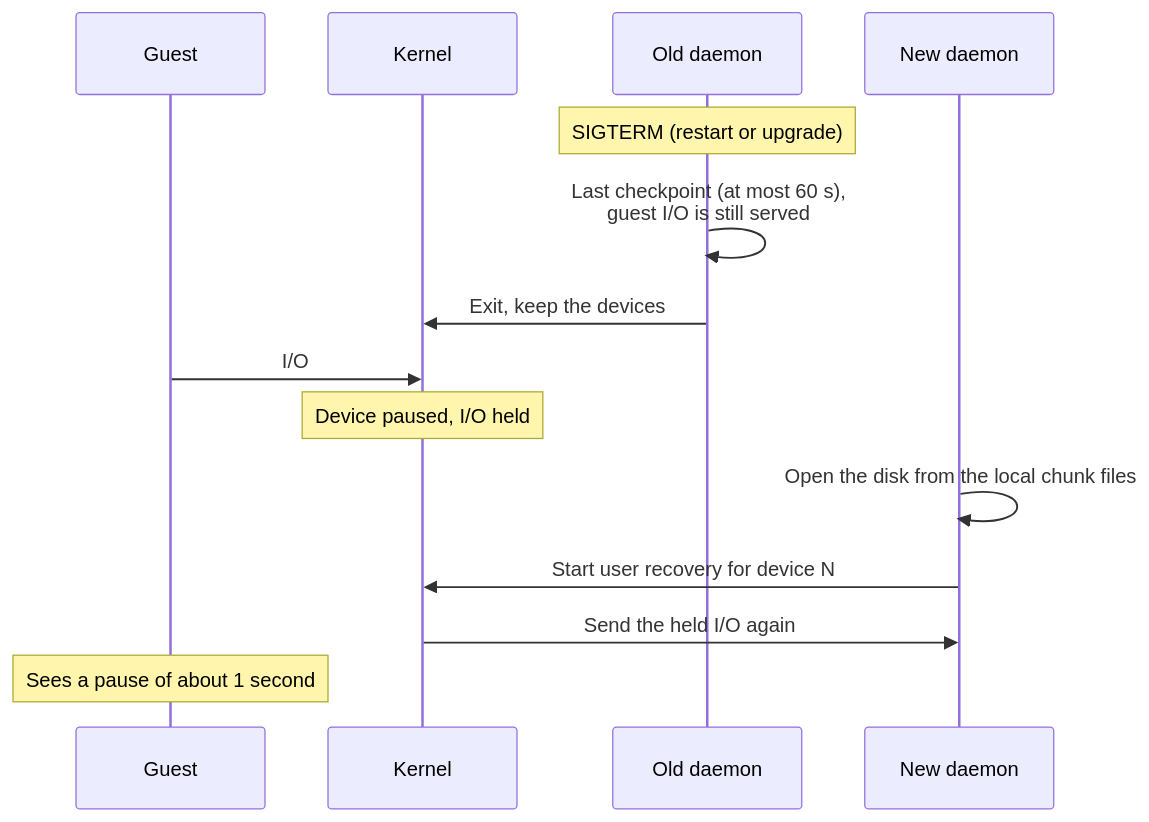
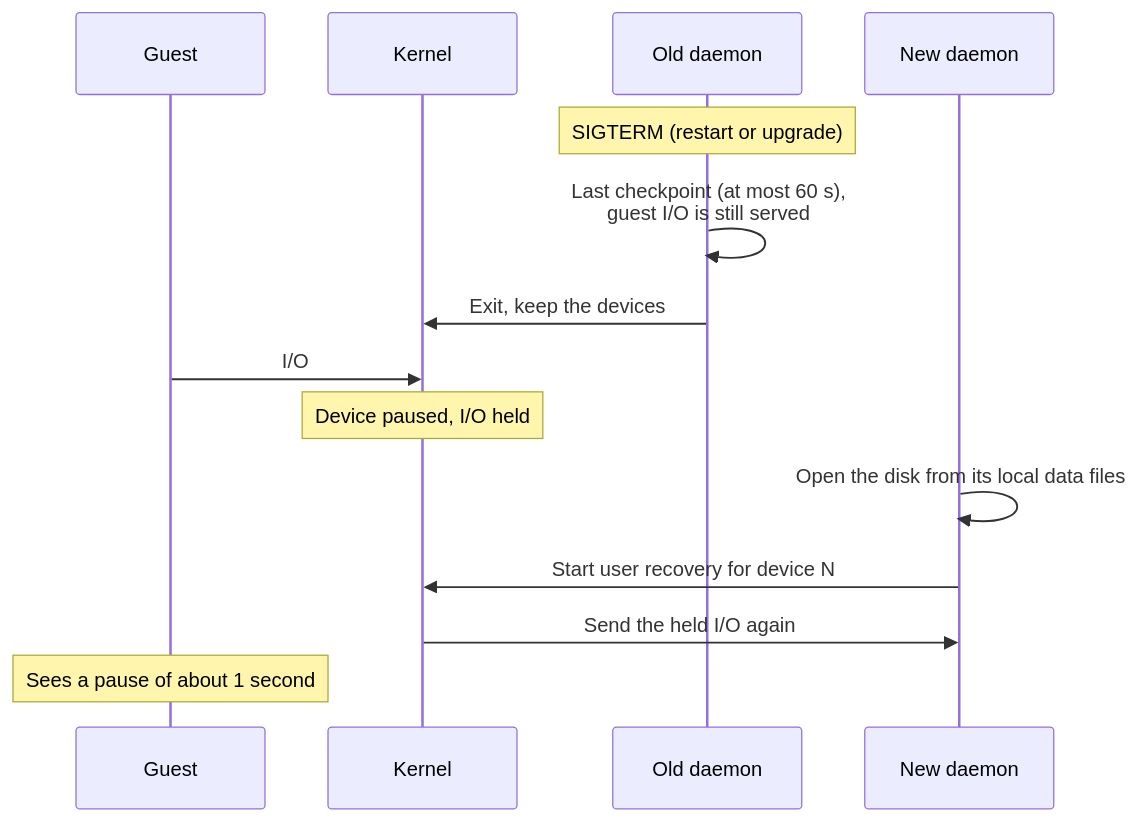
One commit to tanmoysrt/mica changed the ninth of 10 diagrams in docs/architecture.md. Above: the diagram before and after it, drawn with Mermaid. The commit also changed other lines of this file and 38 other files, not shown here.

````diff
--- a/docs/architecture.md
+++ b/docs/architecture.md
@@ -275,17 +318,17 @@
 ```mermaid
 sequenceDiagram
     participant G as Guest
     participant K as Kernel
     participant O as Old daemon
     participant N as New daemon
 
     Note over O: SIGTERM (restart or upgrade)
     O->>O: Last checkpoint (at most 60 s),<br/>guest I/O is still served
     O->>K: Exit, keep the devices
     G->>K: I/O
     Note over K: Device paused, I/O held
-    N->>N: Open the disk from the local chunk files
+    N->>N: Open the disk from its local data files
     N->>K: Start user recovery for device N
     K->>N: Send the held I/O again
     Note over G: Sees a pause of about 1 second
 ```
````
